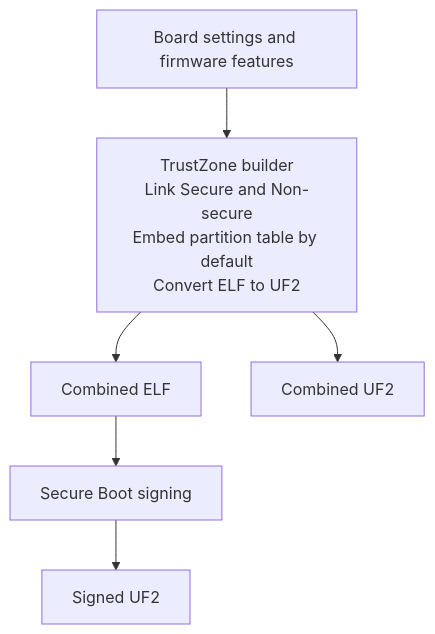
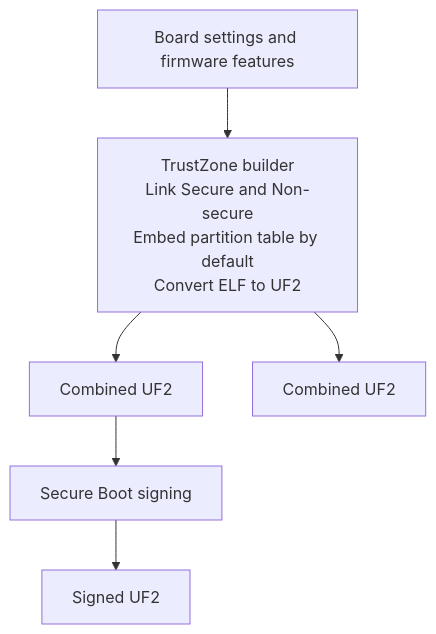
One commit to TheMaxMur/RS-Key changed the first of 2 diagrams in docs/build.md. Above: the diagram before and after it, drawn with Mermaid. The commit also changed 37 other files, not shown here.

````diff
--- a/docs/build.md
+++ b/docs/build.md
@@ -22,8 +22,8 @@
 ```mermaid
 flowchart TD
     options["Board settings and firmware features"] --> builder["TrustZone builder<br/>Link Secure and Non-secure<br/>Embed partition table by default<br/>Convert ELF to UF2"]
-    builder --> elf["Combined ELF"]
+    builder --> elf["Combined UF2"]
     builder --> uf2["Combined UF2"]
     elf --> sign["Secure Boot signing"]
     sign --> signed["Signed UF2"]
 ```
````
